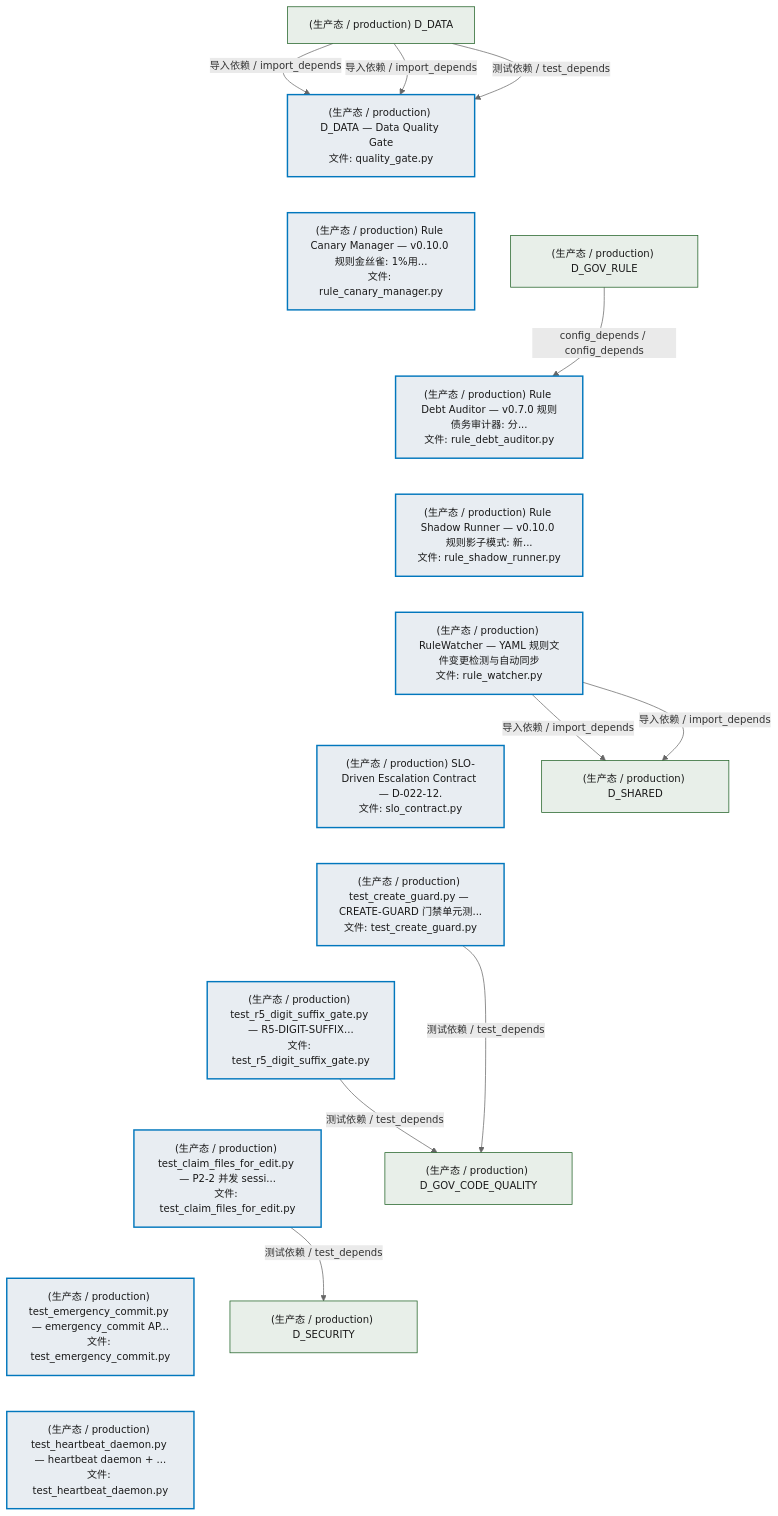
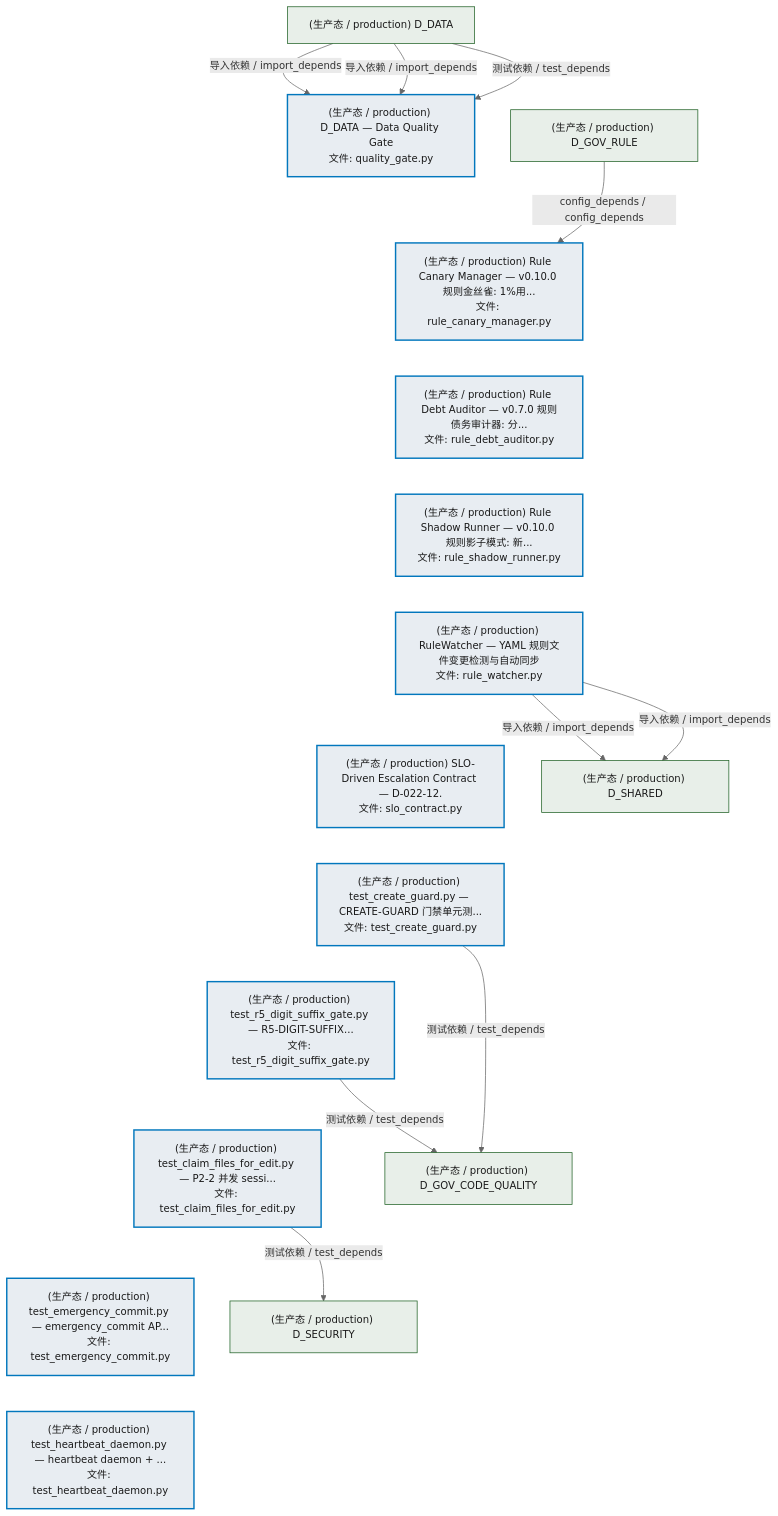
Before and after one commit to xuanFelixVan/ZephyrAlpha: the second of 5 diagrams in docs/02_enterprise_architecture/02_domain_architecture_docs/53_d_gov_enforcement.md, drawn with Mermaid. The commit also changed other lines of this file and 37 other files, not shown here.

````diff
--- a/docs/02_enterprise_architecture/02_domain_architecture_docs/53_d_gov_enforcement.md
+++ b/docs/02_enterprise_architecture/02_domain_architecture_docs/53_d_gov_enforcement.md
@@ -323,45 +323,45 @@
 ```mermaid
 %%{init: {'theme': 'base', 'themeVariables': {'primaryColor': '#eaeaea', 'primaryTextColor': '#333333', 'primaryBorderColor': '#666666', 'lineColor': '#666666', 'secondaryColor': '#eaeaea', 'tertiaryColor': '#eaeaea', 'fontSize': '14px'}}}%%
 flowchart TD
     src_zephyr_gov_enforcement_rule_enforcement_quality_gate_py["(生产态 / production) D_DATA — Data Quality Gate<br/>文件: quality_gate.py"]
     src_zephyr_gov_enforcement_rule_enforcement_rule_engine_rule_canary_manager_py["(生产态 / production) Rule Canary Manager — v0.10.0 规则金丝雀: 1%用...<br/>文件: rule_canary_manager.py"]
     src_zephyr_gov_enforcement_rule_enforcement_rule_engine_rule_debt_auditor_py["(生产态 / production) Rule Debt Auditor — v0.7.0 规则债务审计器: 分...<br/>文件: rule_debt_auditor.py"]
     src_zephyr_gov_enforcement_rule_enforcement_rule_engine_rule_shadow_runner_py["(生产态 / production) Rule Shadow Runner — v0.10.0 规则影子模式: 新...<br/>文件: rule_shadow_runner.py"]
     src_zephyr_gov_enforcement_rule_enforcement_rule_engine_rule_watcher_py["(生产态 / production) RuleWatcher — YAML 规则文件变更检测与自动同步<br/>文件: rule_watcher.py"]
     src_zephyr_gov_enforcement_rule_enforcement_slo_contract_py["(生产态 / production) SLO-Driven Escalation Contract — D-022-12.<br/>文件: slo_contract.py"]
     tests_governance_commit_gates_test_create_guard_py["(生产态 / production) test_create_guard.py — CREATE-GUARD 门禁单元测...<br/>文件: test_create_guard.py"]
     tests_governance_commit_gates_test_r5_digit_suffix_gate_py["(生产态 / production) test_r5_digit_suffix_gate.py — R5-DIGIT-SUFFIX...<br/>文件: test_r5_digit_suffix_gate.py"]
     tests_governance_rule_bridge_test_claim_files_for_edit_py["(生产态 / production) test_claim_files_for_edit.py — P2-2 并发 sessi...<br/>文件: test_claim_files_for_edit.py"]
     tests_governance_rule_bridge_test_emergency_commit_py["(生产态 / production) test_emergency_commit.py — emergency_commit AP...<br/>文件: test_emergency_commit.py"]
     tests_governance_rule_bridge_test_heartbeat_daemon_py["(生产态 / production) test_heartbeat_daemon.py — heartbeat daemon + ...<br/>文件: test_heartbeat_daemon.py"]
     src_zephyr_gov_enforcement_rule_enforcement_quality_gate_py ~~~ src_zephyr_gov_enforcement_rule_enforcement_rule_engine_rule_canary_manager_py
     src_zephyr_gov_enforcement_rule_enforcement_rule_engine_rule_canary_manager_py ~~~ src_zephyr_gov_enforcement_rule_enforcement_rule_engine_rule_debt_auditor_py
     src_zephyr_gov_enforcement_rule_enforcement_rule_engine_rule_debt_auditor_py ~~~ src_zephyr_gov_enforcement_rule_enforcement_rule_engine_rule_shadow_runner_py
     src_zephyr_gov_enforcement_rule_enforcement_rule_engine_rule_shadow_runner_py ~~~ src_zephyr_gov_enforcement_rule_enforcement_rule_engine_rule_watcher_py
     src_zephyr_gov_enforcement_rule_enforcement_rule_engine_rule_watcher_py ~~~ src_zephyr_gov_enforcement_rule_enforcement_slo_contract_py
     src_zephyr_gov_enforcement_rule_enforcement_slo_contract_py ~~~ tests_governance_commit_gates_test_create_guard_py
     tests_governance_commit_gates_test_create_guard_py ~~~ tests_governance_commit_gates_test_r5_digit_suffix_gate_py
     tests_governance_commit_gates_test_r5_digit_suffix_gate_py ~~~ tests_governance_rule_bridge_test_claim_files_for_edit_py
     tests_governance_rule_bridge_test_claim_files_for_edit_py ~~~ tests_governance_rule_bridge_test_emergency_commit_py
     tests_governance_rule_bridge_test_emergency_commit_py ~~~ tests_governance_rule_bridge_test_heartbeat_daemon_py
     D_SHARED["(生产态 / production) D_SHARED"]
     src_zephyr_gov_enforcement_rule_enforcement_rule_engine_rule_watcher_py -->|导入依赖 / import_depends| D_SHARED
     src_zephyr_gov_enforcement_rule_enforcement_rule_engine_rule_watcher_py -->|导入依赖 / import_depends| D_SHARED
     D_GOV_CODE_QUALITY["(生产态 / production) D_GOV_CODE_QUALITY"]
     tests_governance_commit_gates_test_create_guard_py -->|测试依赖 / test_depends| D_GOV_CODE_QUALITY
     tests_governance_commit_gates_test_r5_digit_suffix_gate_py -->|测试依赖 / test_depends| D_GOV_CODE_QUALITY
     D_SECURITY["(生产态 / production) D_SECURITY"]
     tests_governance_rule_bridge_test_claim_files_for_edit_py -->|测试依赖 / test_depends| D_SECURITY
     D_DATA["(生产态 / production) D_DATA"]
     D_DATA -->|导入依赖 / import_depends| src_zephyr_gov_enforcement_rule_enforcement_quality_gate_py
     D_DATA -->|导入依赖 / import_depends| src_zephyr_gov_enforcement_rule_enforcement_quality_gate_py
     D_DATA -->|测试依赖 / test_depends| src_zephyr_gov_enforcement_rule_enforcement_quality_gate_py
     D_GOV_RULE["(生产态 / production) D_GOV_RULE"]
-    D_GOV_RULE -->|config_depends / config_depends| src_zephyr_gov_enforcement_rule_enforcement_rule_engine_rule_debt_auditor_py
+    D_GOV_RULE -->|config_depends / config_depends| src_zephyr_gov_enforcement_rule_enforcement_rule_engine_rule_canary_manager_py
     classDef production fill:#e8edf2,stroke:#0277bd,stroke-width:2px,color:#1a1a1a
     classDef design fill:#f0ebe3,stroke:#bf360c,stroke-width:2px,color:#1a1a1a,stroke-dasharray: 5 5
     classDef external_prod fill:#e8efe9,stroke:#1b5e20,stroke-width:1px,color:#1a1a1a
     classDef external_design fill:#efe5ea,stroke:#880e4f,stroke-width:1px,color:#1a1a1a,stroke-dasharray: 5 5
     class src_zephyr_gov_enforcement_rule_enforcement_quality_gate_py,src_zephyr_gov_enforcement_rule_enforcement_rule_engine_rule_canary_manager_py,src_zephyr_gov_enforcement_rule_enforcement_rule_engine_rule_debt_auditor_py,src_zephyr_gov_enforcement_rule_enforcement_rule_engine_rule_shadow_runner_py,src_zephyr_gov_enforcement_rule_enforcement_rule_engine_rule_watcher_py,src_zephyr_gov_enforcement_rule_enforcement_slo_contract_py,tests_governance_commit_gates_test_create_guard_py,tests_governance_commit_gates_test_r5_digit_suffix_gate_py,tests_governance_rule_bridge_test_claim_files_for_edit_py,tests_governance_rule_bridge_test_emergency_commit_py,tests_governance_rule_bridge_test_heartbeat_daemon_py production
     class D_SHARED,D_GOV_CODE_QUALITY,D_SECURITY,D_DATA,D_GOV_RULE external_prod
 ```
````
